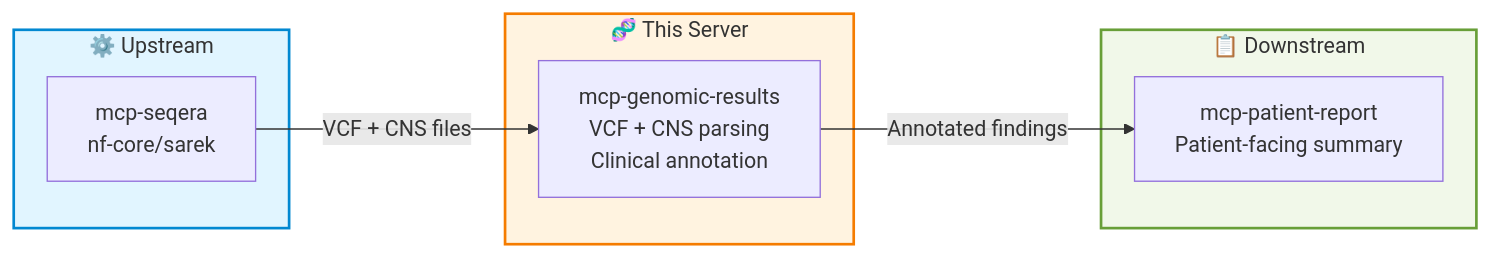
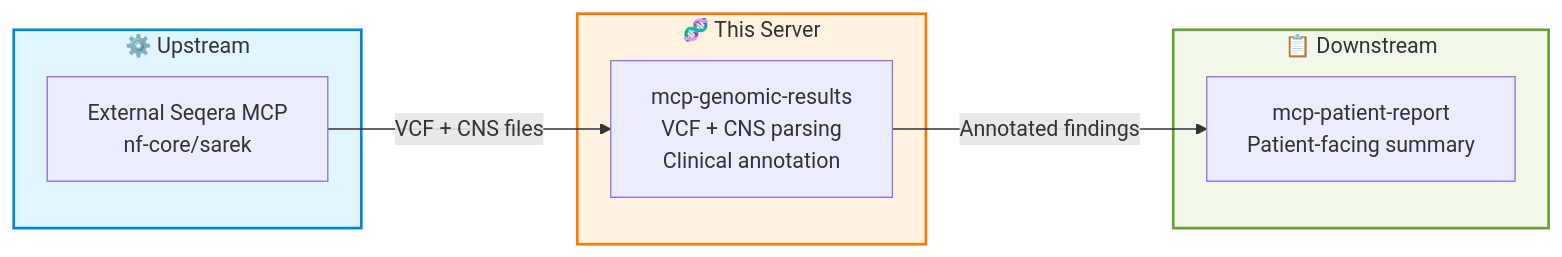
The second of 2 diagrams in docs/reference/architecture/dna/genomic-results.md (raymond301/precision-medicine-mcp), drawn with Mermaid before and after one commit. The commit also changed other lines of this file and 68 other files, not shown here.

````diff
--- a/docs/reference/architecture/dna/genomic-results.md
+++ b/docs/reference/architecture/dna/genomic-results.md
@@ -128,25 +128,25 @@
 ```mermaid
 graph LR
     subgraph Upstream["⚙️ Upstream"]
-        Seqera[mcp-seqera<br/>nf-core/sarek]
+        Seqera[External Seqera MCP<br/>nf-core/sarek]
     end
 
     subgraph This["🧬 This Server"]
         GR[mcp-genomic-results<br/>VCF + CNS parsing<br/>Clinical annotation]
     end
 
     subgraph Downstream["📋 Downstream"]
         PR[mcp-patient-report<br/>Patient-facing summary]
     end
 
     Seqera -->|VCF + CNS files| GR
     GR -->|Annotated findings| PR
 
     classDef upStyle fill:#e1f5ff,stroke:#0288d1,stroke-width:2px
     classDef thisStyle fill:#fff3e0,stroke:#f57c00,stroke-width:2px
     classDef downStyle fill:#f1f8e9,stroke:#689f38,stroke-width:2px
 
     class Upstream upStyle
     class This thisStyle
     class Downstream downStyle
 ```
````
